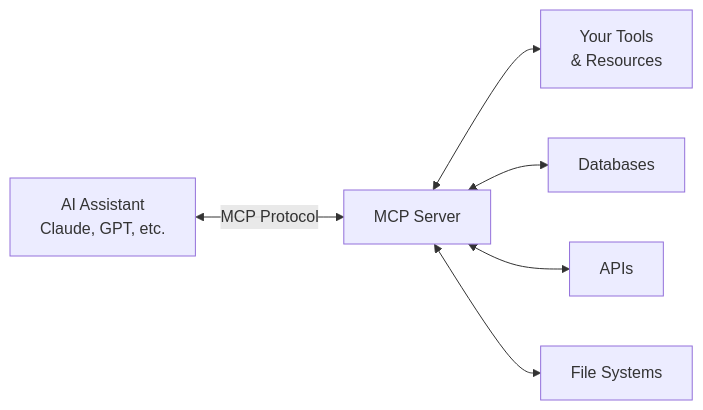
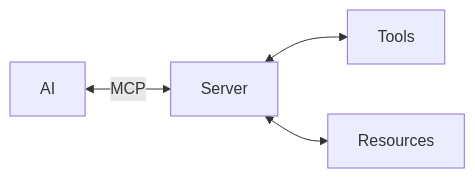
The first of 4 diagrams in README.md (alexanderop/mcp-server-starter-ts), drawn with Mermaid before and after one commit. The commit also changed other lines of this file and 12 other files, not shown here.

````diff
--- a/README.md
+++ b/README.md
@@ -18,8 +18,6 @@
 ```mermaid
 graph LR
-    A[AI Assistant<br/>Claude, GPT, etc.] <-->|MCP Protocol| B[MCP Server]
-    B <--> C[Your Tools<br/>& Resources]
-    B <--> D[Databases]
-    B <--> E[APIs]
-    B <--> F[File Systems]
+    A[AI] <-->|MCP| B[Server]
+    B <--> C[Tools]
+    B <--> D[Resources]
 ```
````
